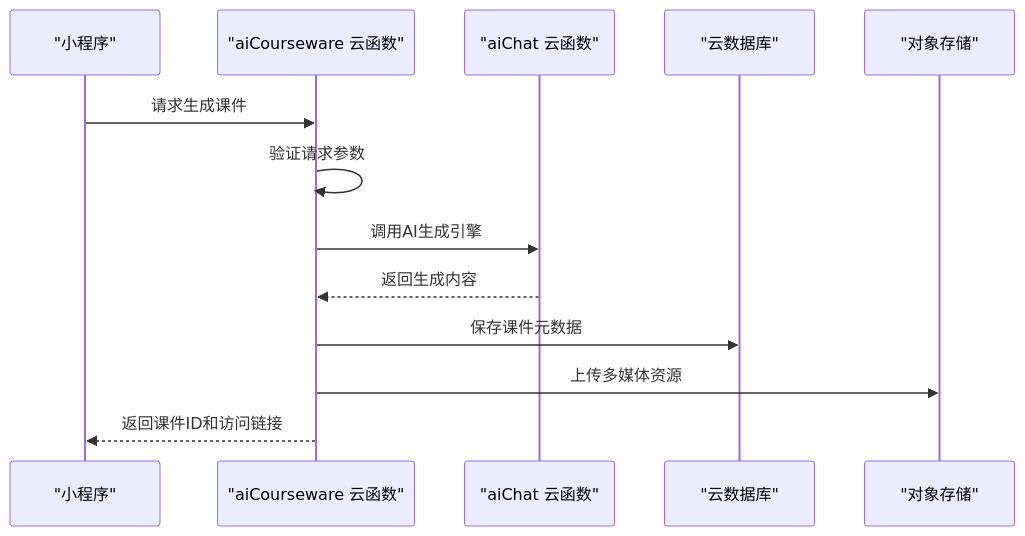
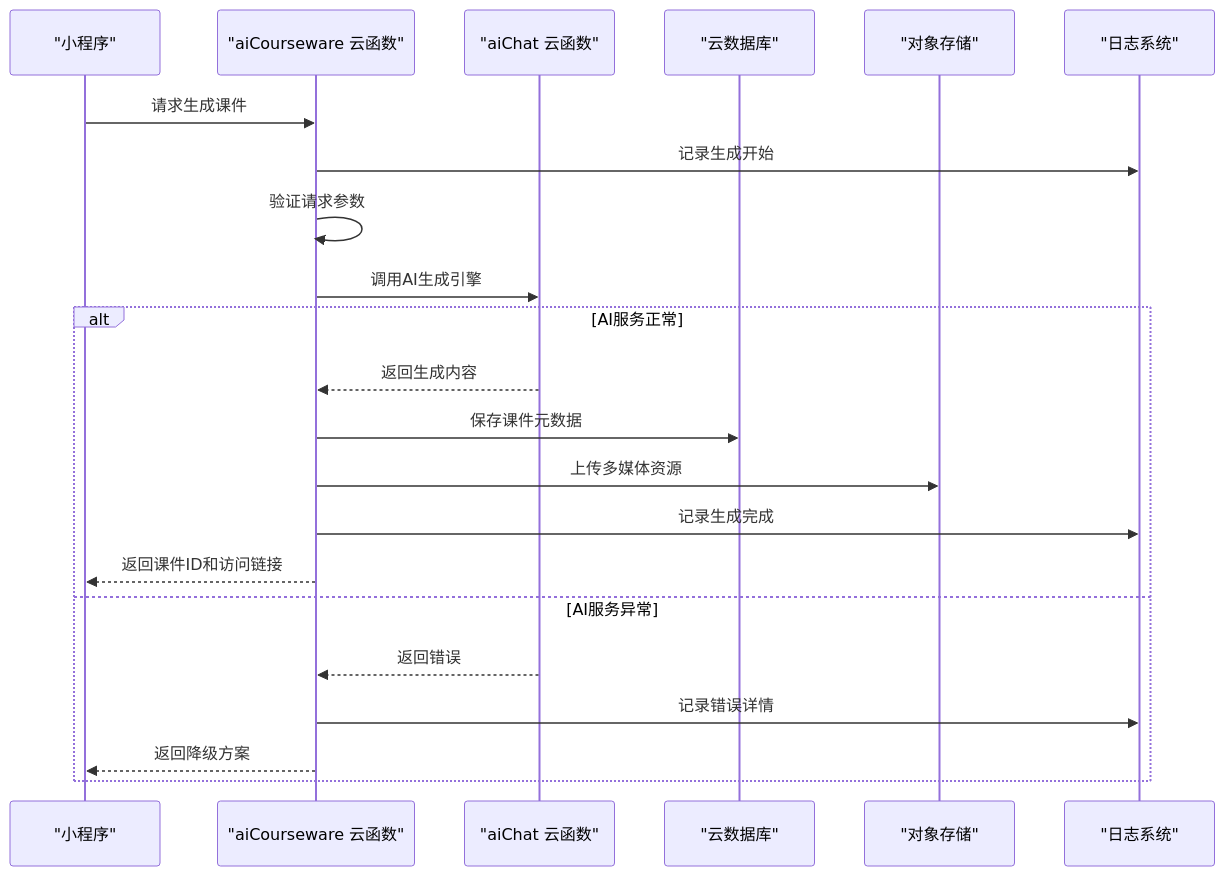
One commit to cwb7756/bio changed the seventh of 12 diagrams in .qoder/repowiki/zh/content/架构设计/后端架构设计/云函数架构设计.md. Above: the diagram before and after it, drawn with Mermaid. The commit also changed other lines of this file and 45 other files, not shown here.

````diff
--- a/.qoder/repowiki/zh/content/架构设计/后端架构设计/云函数架构设计.md
+++ b/.qoder/repowiki/zh/content/架构设计/后端架构设计/云函数架构设计.md
@@ -324,15 +393,24 @@
 ```mermaid
 sequenceDiagram
 participant MP as "小程序"
 participant ACW as "aiCourseware 云函数"
 participant AC as "aiChat 云函数"
 participant DB as "云数据库"
 participant OSS as "对象存储"
+participant LOG as "日志系统"
 MP->>ACW : 请求生成课件
+ACW->>LOG : 记录生成开始
 ACW->>ACW : 验证请求参数
 ACW->>AC : 调用AI生成引擎
+alt AI服务正常
 AC-->>ACW : 返回生成内容
 ACW->>DB : 保存课件元数据
 ACW->>OSS : 上传多媒体资源
+ACW->>LOG : 记录生成完成
 ACW-->>MP : 返回课件ID和访问链接
+else AI服务异常
+AC-->>ACW : 返回错误
+ACW->>LOG : 记录错误详情
+ACW-->>MP : 返回降级方案
+end
 ```
````
